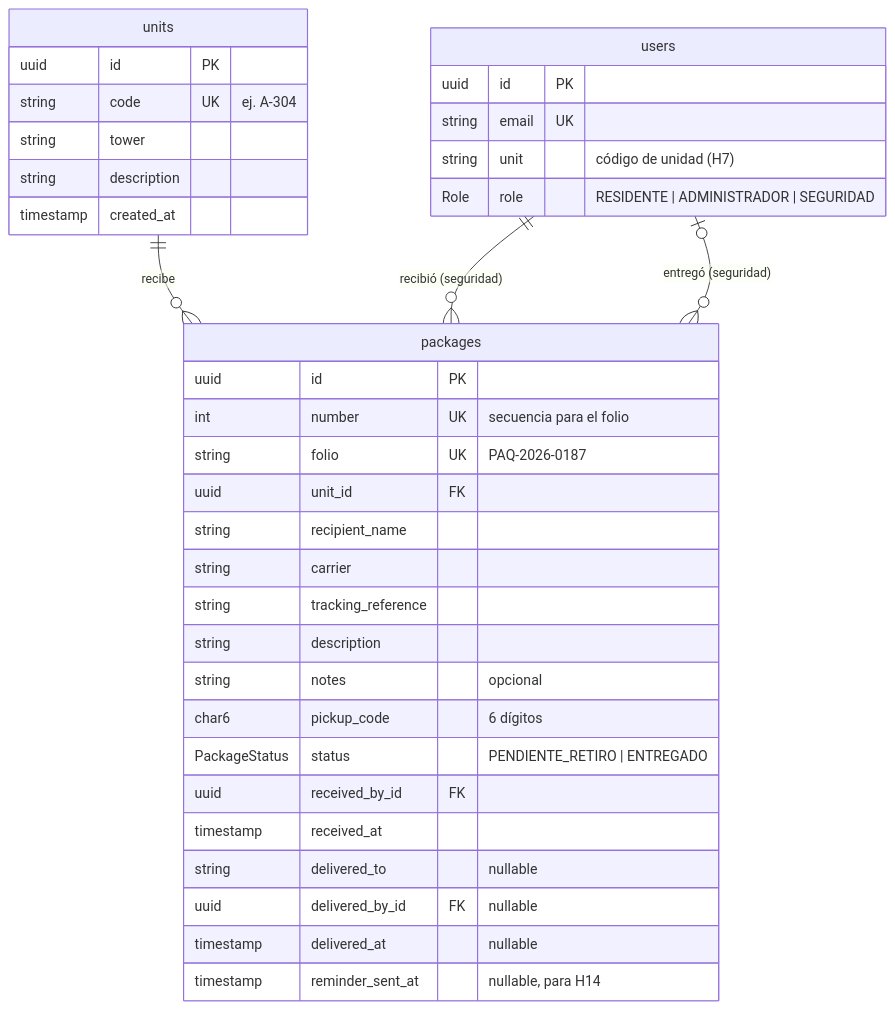
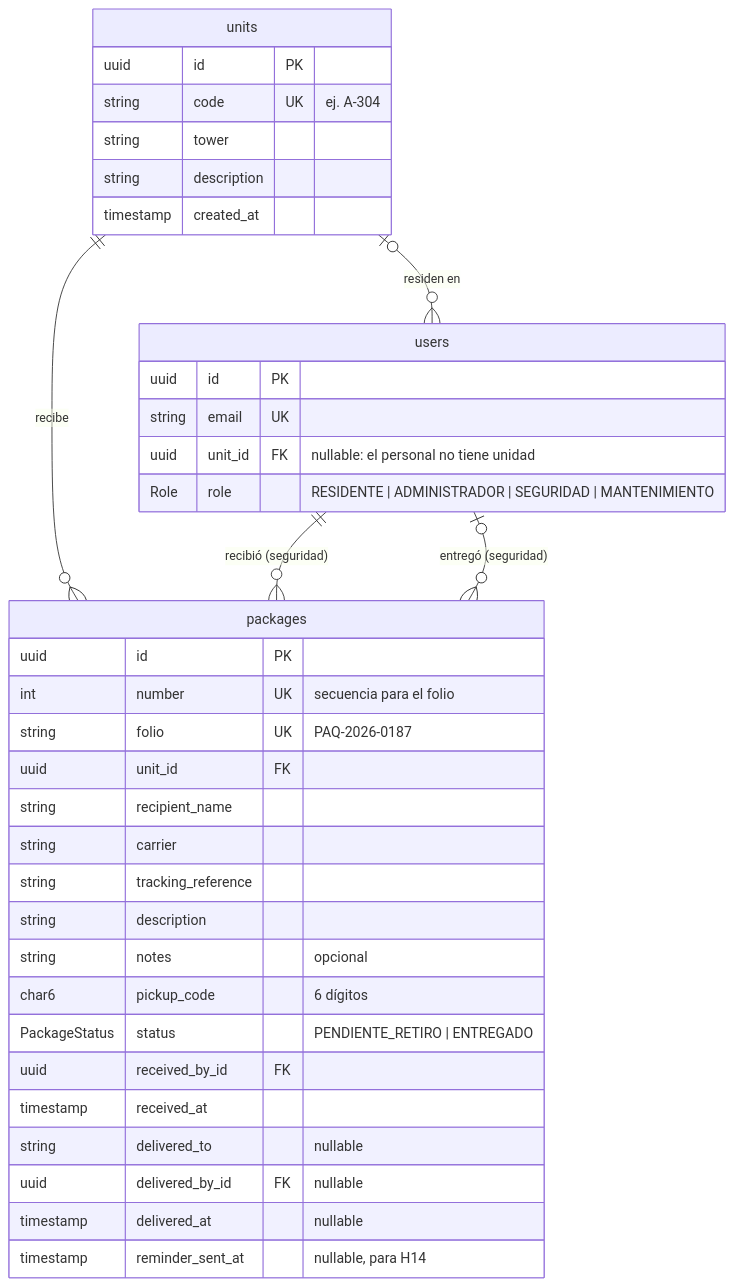
The first of 5 diagrams in docs/modulo-5-paqueteria.md (moicenti/be_boilerplate_is_2026), drawn with Mermaid before and after one commit. The commit also changed other lines of this file, not shown here.

First line of the commit message:
docs(H15): documenta el historial y el detalle de paquetes del residente

````diff
--- a/docs/modulo-5-paqueteria.md
+++ b/docs/modulo-5-paqueteria.md
@@ -39,41 +53,42 @@
 ```mermaid
 erDiagram
     units ||--o{ packages : "recibe"
+    units |o--o{ users : "residen en"
     users ||--o{ packages : "recibió (seguridad)"
     users |o--o{ packages : "entregó (seguridad)"
 
     users {
         uuid id PK
         string email UK
-        string unit "código de unidad (H7)"
-        Role role "RESIDENTE | ADMINISTRADOR | SEGURIDAD"
+        uuid unit_id FK "nullable: el personal no tiene unidad"
+        Role role "RESIDENTE | ADMINISTRADOR | SEGURIDAD | MANTENIMIENTO"
     }
 
     units {
         uuid id PK
         string code UK "ej. A-304"
         string tower
         string description
         timestamp created_at
     }
 
     packages {
         uuid id PK
         int number UK "secuencia para el folio"
         string folio UK "PAQ-2026-0187"
         uuid unit_id FK
         string recipient_name
         string carrier
         string tracking_reference
         string description
         string notes "opcional"
         char6 pickup_code "6 dígitos"
         PackageStatus status "PENDIENTE_RETIRO | ENTREGADO"
         uuid received_by_id FK
         timestamp received_at
         string delivered_to "nullable"
         uuid delivered_by_id FK "nullable"
         timestamp delivered_at "nullable"
         timestamp reminder_sent_at "nullable, para H14"
     }
 ```
````
